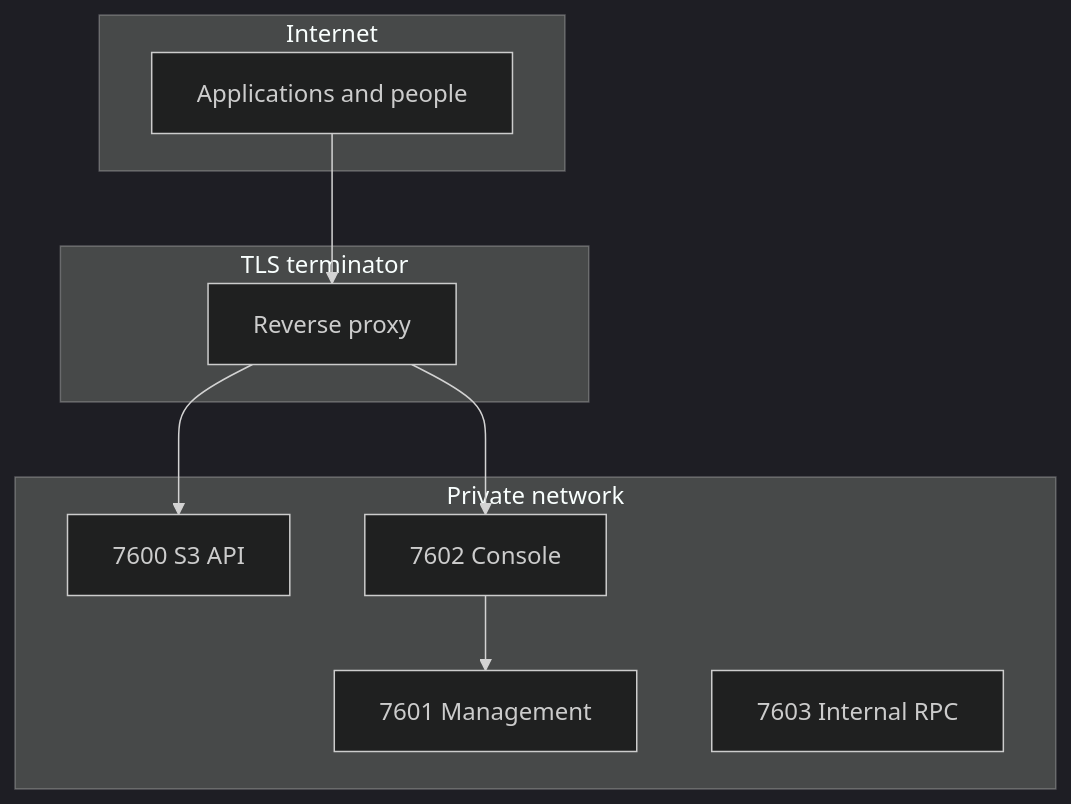
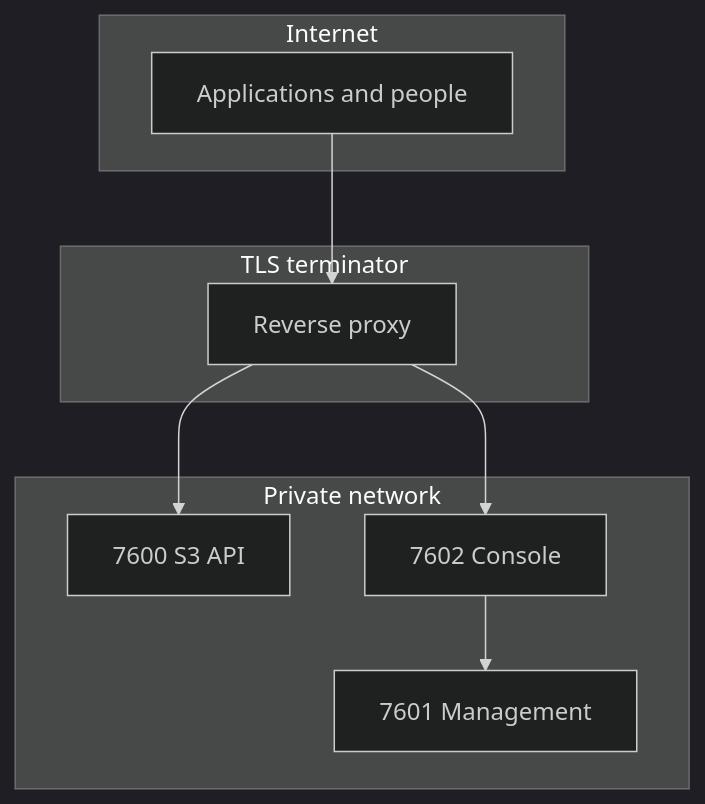
The diagram in docs/reference/ports.md (OpenElementsLabs/record-store), drawn with Mermaid (dark theme) before and after one commit. The commit also changed other lines of this file and 60 other files, not shown here.

````diff
--- a/docs/reference/ports.md
+++ b/docs/reference/ports.md
@@ -12,19 +11,18 @@
 ```mermaid
 flowchart TB
     subgraph internet [Internet]
         U[Applications and people]
     end
     subgraph edge [TLS terminator]
         P[Reverse proxy]
     end
     subgraph private [Private network]
         S["7600 S3 API"]
         C["7602 Console"]
         M["7601 Management"]
-        R["7603 Internal RPC"]
     end
     U --> P
     P --> S
     P --> C
     C --> M
 ```
````
